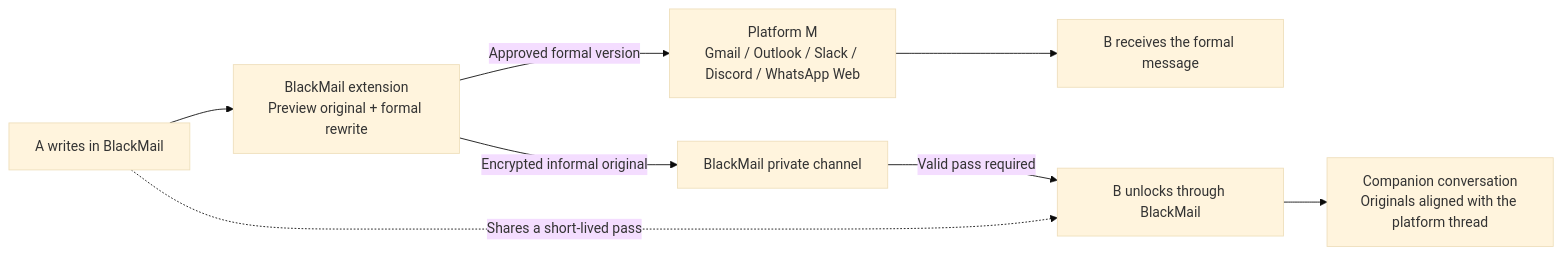
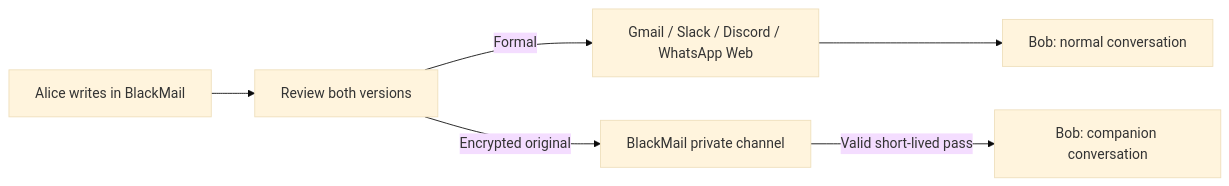
Before and after one commit to sbharga/blackmail: the diagram in README.md, drawn with Mermaid (base theme). The commit also changed other lines of this file and 8 other files, not shown here.

Commit message:
Add dual-view Alice and Bob chat demo and concise README

````diff
--- a/README.md
+++ b/README.md
@@ -9,10 +19,8 @@
 ```mermaid
 flowchart LR
-    A["A writes in BlackMail"] --> E["BlackMail extension<br/>Preview original + formal rewrite"]
-    E -->|Approved formal version| M["Platform M<br/>Gmail / Outlook / Slack / Discord / WhatsApp Web"]
-    M --> B["B receives the formal message"]
-    E -->|Encrypted informal original| V["BlackMail private channel"]
-    A -.->|Shares a short-lived pass| K["B unlocks through BlackMail"]
-    V -->|Valid pass required| K
-    K --> S["Companion conversation<br/>Originals aligned with the platform thread"]
+    A["Alice writes in BlackMail"] --> E["Review both versions"]
+    E -->|Formal| M["Gmail / Slack / Discord / WhatsApp Web"]
+    M --> B["Bob: normal conversation"]
+    E -->|Encrypted original| V["BlackMail private channel"]
+    V -->|Valid short-lived pass| P["Bob: companion conversation"]
 ```
````
